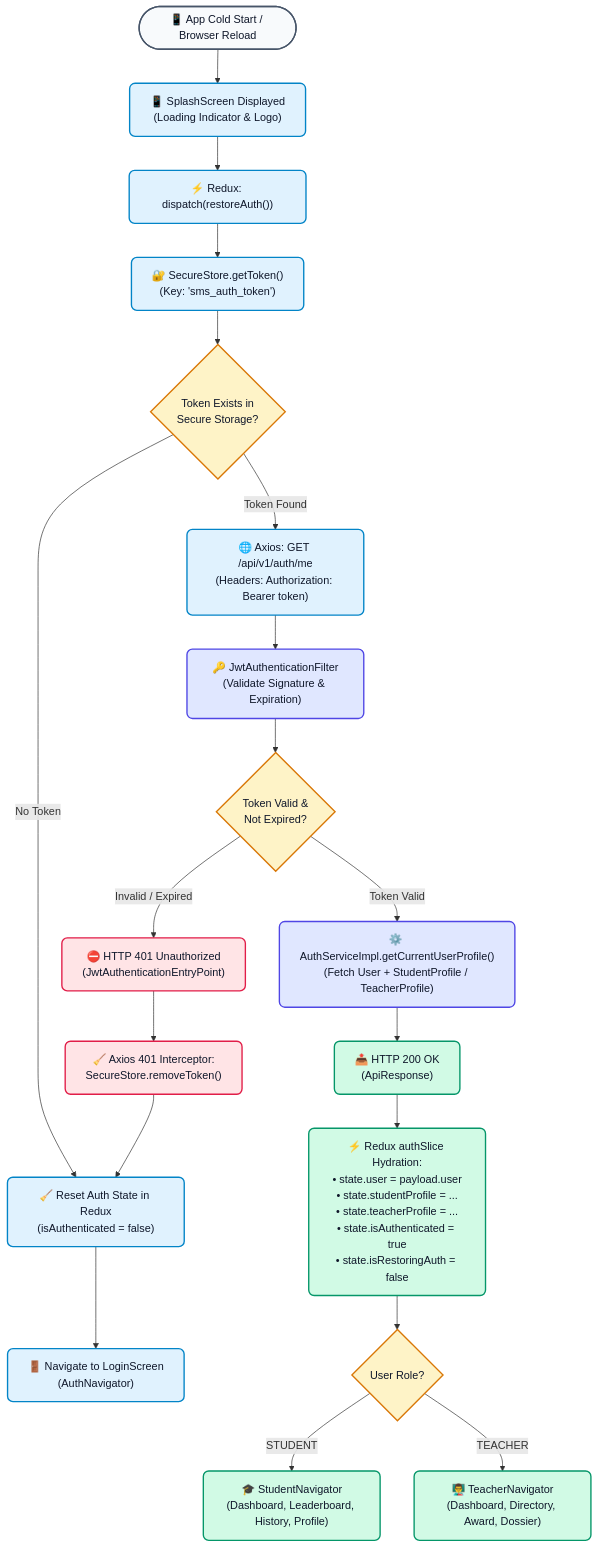
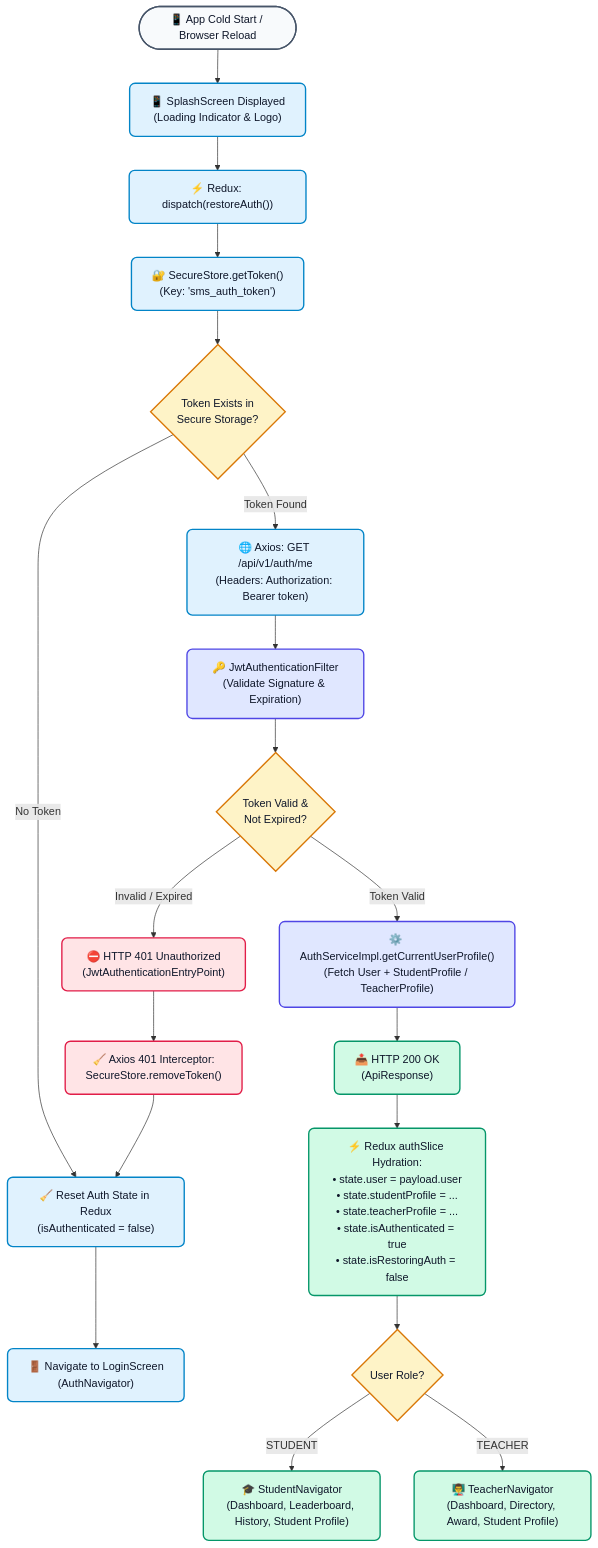
Before and after one commit to Aryan22N/Student-Management-System: the diagram in docs/diagrams/3_session_restoration_flow.mmd, drawn with Mermaid. The commit also changed 11 other files, not shown here.

Commit message:
docs: add system architecture, workflows, and navigation linking implementation

```diff
--- a/docs/diagrams/3_session_restoration_flow.mmd
+++ b/docs/diagrams/3_session_restoration_flow.mmd
@@ -1,60 +1,60 @@
 flowchart TD
     classDef clientStyle fill:#e0f2fe,stroke:#0284c7,stroke-width:2px,color:#0f172a,rx:8,ry:8
     classDef backendStyle fill:#e0e7ff,stroke:#4f46e5,stroke-width:2px,color:#0f172a,rx:8,ry:8
     classDef decisionStyle fill:#fef3c7,stroke:#d97706,stroke-width:2px,color:#0f172a,rx:6,ry:6
     classDef errorStyle fill:#ffe4e6,stroke:#e11d48,stroke-width:2px,color:#0f172a,rx:8,ry:8
     classDef successStyle fill:#d1fae5,stroke:#059669,stroke-width:2px,color:#0f172a,rx:8,ry:8
     classDef actorStyle fill:#f8fafc,stroke:#475569,stroke-width:2px,color:#0f172a,rx:20,ry:20
 
     Start(["📱 App Cold Start / Browser Reload"]):::actorStyle
     Splash["📱 SplashScreen Displayed<br/>(Loading Indicator & Logo)"]:::clientStyle
     Thunk["⚡ Redux: dispatch(restoreAuth())"]:::clientStyle
     ReadStorage["🔐 SecureStore.getToken()<br/>(Key: 'sms_auth_token')"]:::clientStyle
 
     TokenCheck{"Token Exists in<br/>Secure Storage?"}:::decisionStyle
 
     %% Path A: No token
     NoTokenAction["🧹 Reset Auth State in Redux<br/>(isAuthenticated = false)"]:::clientStyle
     NavLogin["🚪 Navigate to LoginScreen<br/>(AuthNavigator)"]:::clientStyle
 
     %% Path B: Token found
     AxiosCall["🌐 Axios: GET /api/v1/auth/me<br/>(Headers: Authorization: Bearer token)"]:::clientStyle
     JWTFilter["🔑 JwtAuthenticationFilter<br/>(Validate Signature & Expiration)"]:::backendStyle
     TokenValid{"Token Valid &<br/>Not Expired?"}:::decisionStyle
 
     %% Failure Path
     Auth401["⛔ HTTP 401 Unauthorized<br/>(JwtAuthenticationEntryPoint)"]:::errorStyle
     PurgeToken["🧹 Axios 401 Interceptor:<br/>SecureStore.removeToken()"]:::errorStyle
 
     %% Success Path
     AuthSvc["⚙️ AuthServiceImpl.getCurrentUserProfile()<br/>(Fetch User + StudentProfile / TeacherProfile)"]:::backendStyle
     Response["📤 HTTP 200 OK<br/>(ApiResponse<UserProfileResponse>)"]:::successStyle
     ReduxHydrate["⚡ Redux authSlice Hydration:<br/>• state.user = payload.user<br/>• state.studentProfile = ...<br/>• state.teacherProfile = ...<br/>• state.isAuthenticated = true<br/>• state.isRestoringAuth = false"]:::successStyle
 
     RoleRouter{"User Role?"}:::decisionStyle
-    StudentNav["🎓 StudentNavigator<br/>(Dashboard, Leaderboard, History, Profile)"]:::successStyle
-    TeacherNav["👨‍🏫 TeacherNavigator<br/>(Dashboard, Directory, Award, Dossier)"]:::successStyle
+    StudentNav["🎓 StudentNavigator<br/>(Dashboard, Leaderboard, History, Student Profile)"]:::successStyle
+    TeacherNav["👨‍🏫 TeacherNavigator<br/>(Dashboard, Directory, Award, Student Profile)"]:::successStyle
 
     Start --> Splash
     Splash --> Thunk
     Thunk --> ReadStorage
     ReadStorage --> TokenCheck
 
     TokenCheck -- "No Token" --> NoTokenAction
     NoTokenAction --> NavLogin
 
     TokenCheck -- "Token Found" --> AxiosCall
     AxiosCall --> JWTFilter
     JWTFilter --> TokenValid
 
     TokenValid -- "Invalid / Expired" --> Auth401
     Auth401 --> PurgeToken
     PurgeToken --> NoTokenAction
 
     TokenValid -- "Token Valid" --> AuthSvc
     AuthSvc --> Response
     Response --> ReduxHydrate
     ReduxHydrate --> RoleRouter
 
     RoleRouter -- "STUDENT" --> StudentNav
     RoleRouter -- "TEACHER" --> TeacherNav
```
